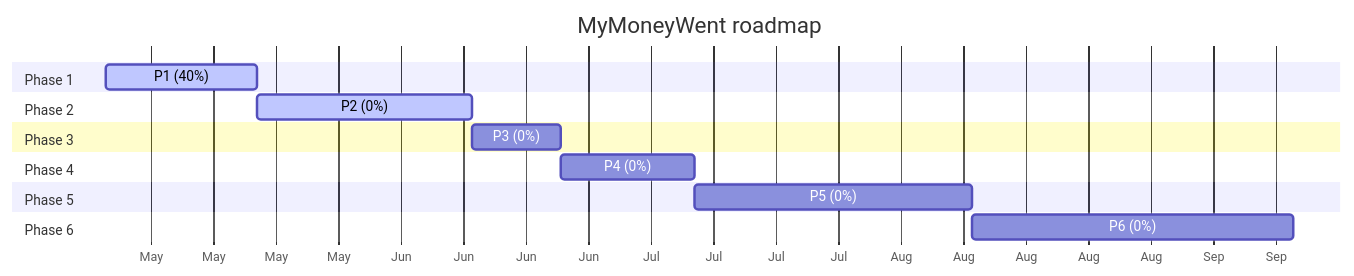
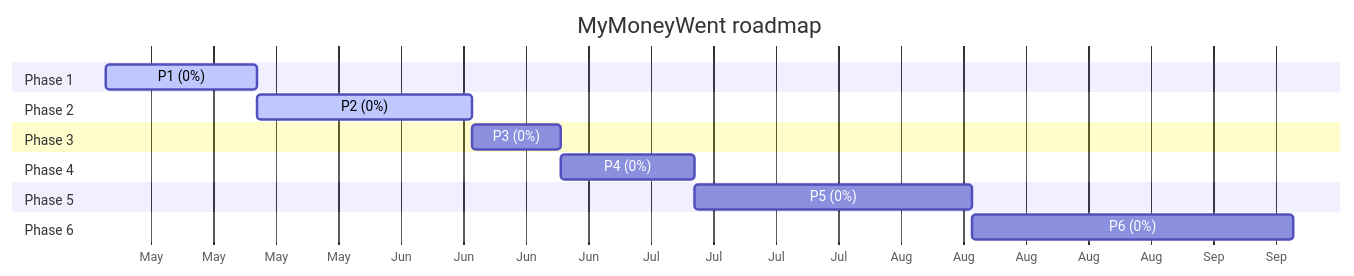
Before and after one commit to maingocanh1702/my-money-went-bot: the diagram in docs/dashboard.md, drawn with Mermaid. The commit also changed other lines of this file and 8 other files, not shown here.

````diff
--- a/docs/dashboard.md
+++ b/docs/dashboard.md
@@ -98,18 +98,18 @@
 ```mermaid
 gantt
     title MyMoneyWent roadmap
     dateFormat YYYY-MM-DD
     axisFormat %b
     section Phase 1
-    P1 (40%) : active, 2026-05-05, 2026-05-22
+    P1 (0%) : active, 2026-05-05, 2026-05-22
     section Phase 2
     P2 (0%) : active, 2026-05-22, 2026-06-15
     section Phase 3
     P3 (0%) : 2026-06-15, 2026-06-25
     section Phase 4
     P4 (0%) : 2026-06-25, 2026-07-10
     section Phase 5
     P5 (0%) : 2026-07-10, 2026-08-10
     section Phase 6
     P6 (0%) : 2026-08-10, 2026-09-15
 ```
````
